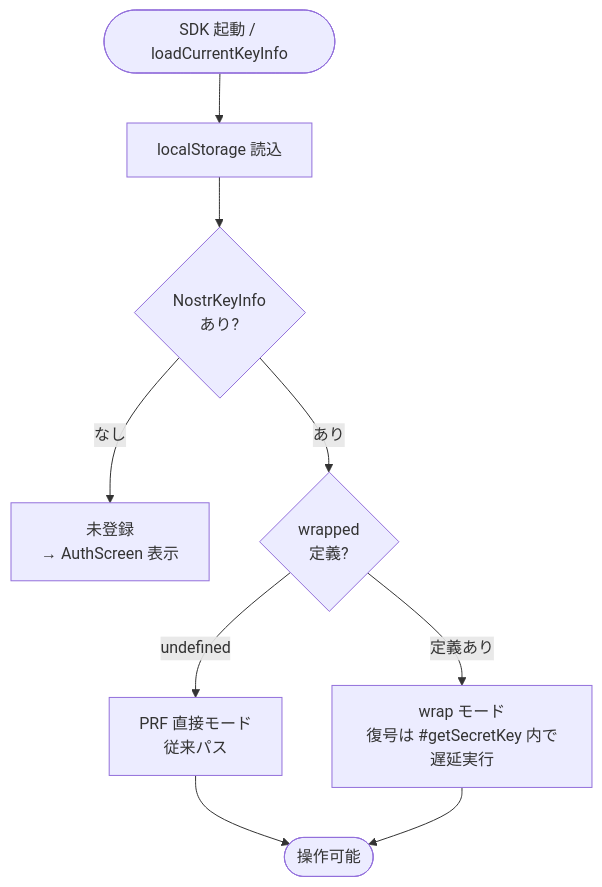
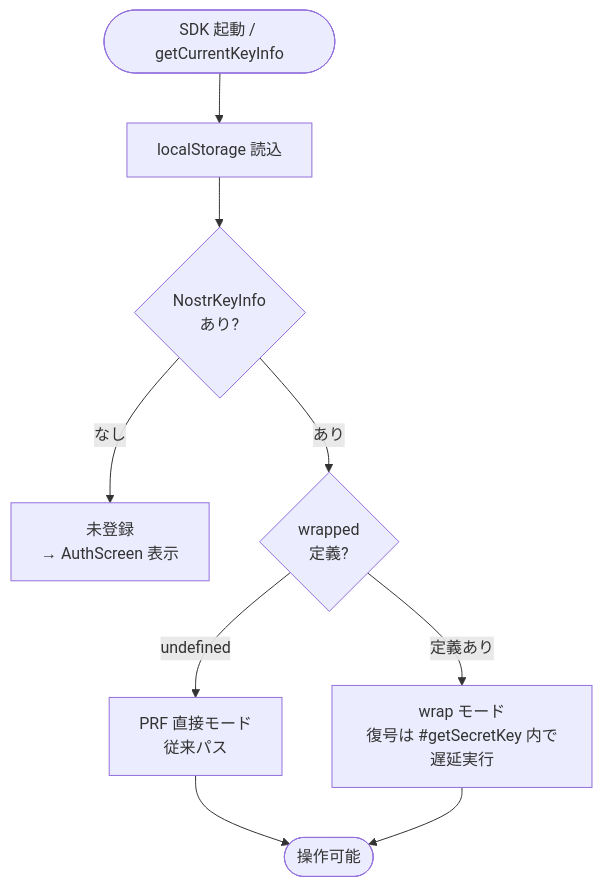
The sixth of 8 diagrams in docs/ja/design-existing-nsec-import.ja.md (ocknamo/nosskey-sdk), drawn with Mermaid before and after one commit. The commit also changed other lines of this file, not shown here.

````diff
--- a/docs/ja/design-existing-nsec-import.ja.md
+++ b/docs/ja/design-existing-nsec-import.ja.md
@@ -324,11 +332,11 @@
 ```mermaid
 flowchart TD
-  Start([SDK 起動 / loadCurrentKeyInfo]) --> R[localStorage 読込]
+  Start([SDK 起動 / getCurrentKeyInfo]) --> R[localStorage 読込]
   R --> N{NostrKeyInfo<br/>あり?}
   N -->|なし| F[未登録<br/>→ AuthScreen 表示]
   N -->|あり| W{wrapped<br/>定義?}
   W -->|undefined| P[PRF 直接モード<br/>従来パス]
   W -->|定義あり| WM[wrap モード<br/>復号は #getSecretKey 内で遅延実行]
   P --> Ready([操作可能])
   WM --> Ready
 ```
````
